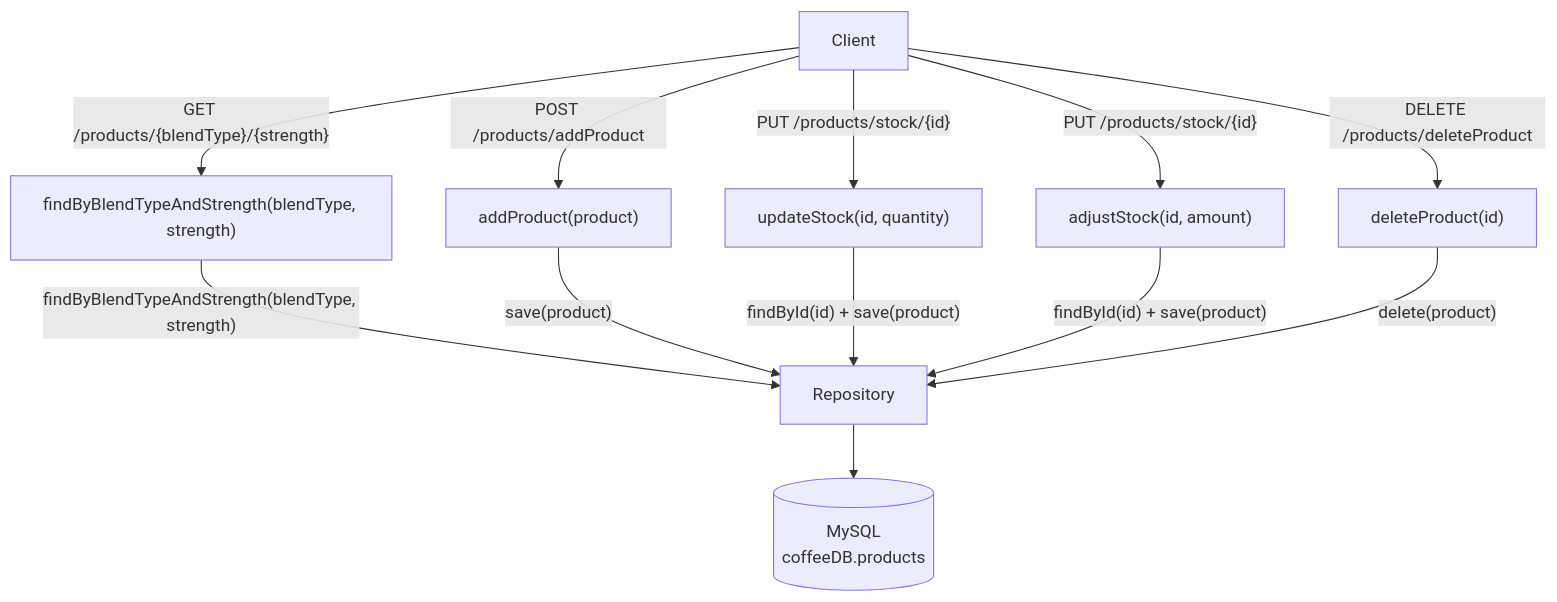
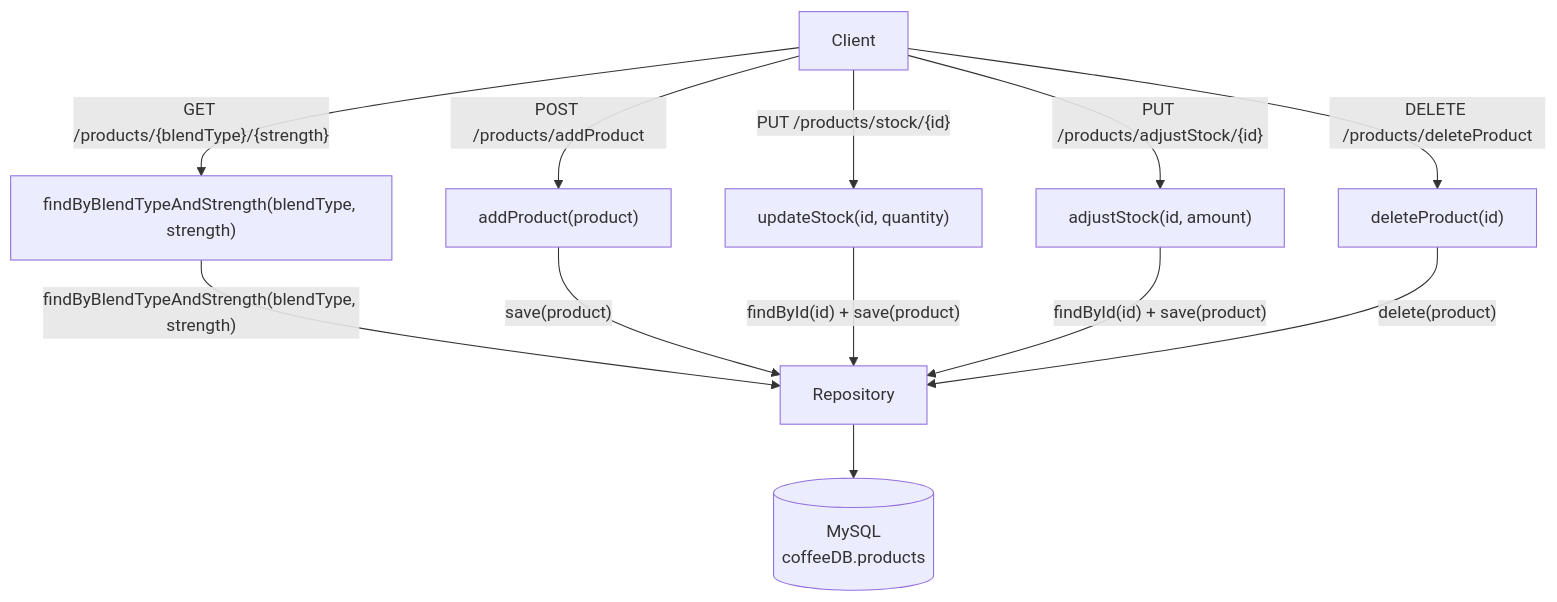
Before and after one commit to Jade-Evans/group-2-project: the diagram in README.md, drawn with Mermaid.

Commit message:
update flowchart

````diff
--- a/README.md
+++ b/README.md
@@ -12,19 +12,19 @@
 ```mermaid
 
 flowchart TD
     Client["Client"]
     Client -->|"GET /products/{blendType}/{strength}"| SearchByType["findByBlendTypeAndStrength(blendType, strength)"]
     Client -->|"POST /products/addProduct"| CreateProduct["addProduct(product)"]
     Client -->|"PUT /products/stock/{id}"| UpdateStock["updateStock(id, quantity)"]
-    Client -->|"PUT /products/stock/{id}"| AdjustStock["adjustStock(id, amount)"]
+    Client -->|"PUT /products/adjustStock/{id}"| AdjustStock["adjustStock(id, amount)"]
     Client --> |"DELETE /products/deleteProduct"| DeleteById["deleteProduct(id)"]
     
     SearchByType -->|"findByBlendTypeAndStrength(blendType, strength)"| Repository
     CreateProduct -->|"save(product)"| Repository
     UpdateStock-->|"findById(id) + save(product)"| Repository
     AdjustStock-->|"findById(id) + save(product)"| Repository
     DeleteById -->|"delete(product)"| Repository
     
     Repository --> Database[("MySQL<br/>coffeeDB.products")]
 
 ```
````
